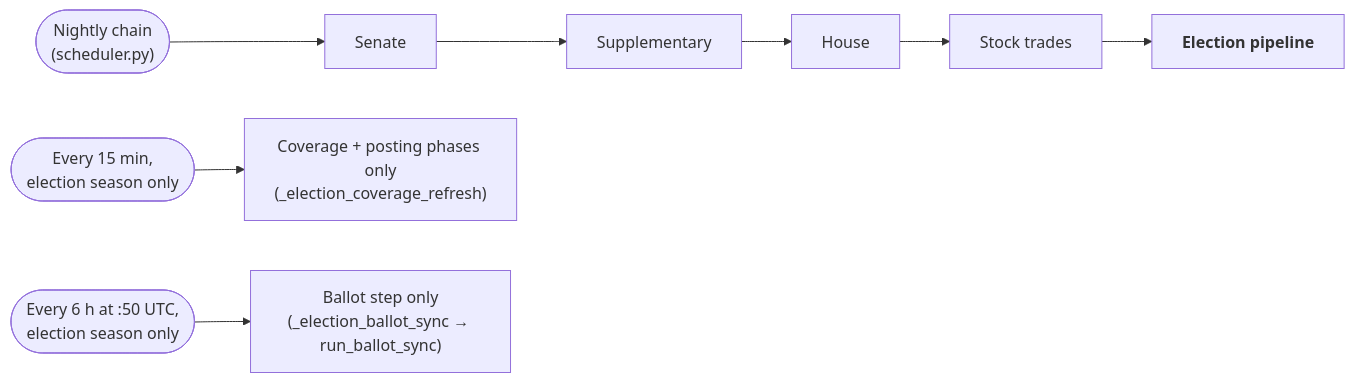
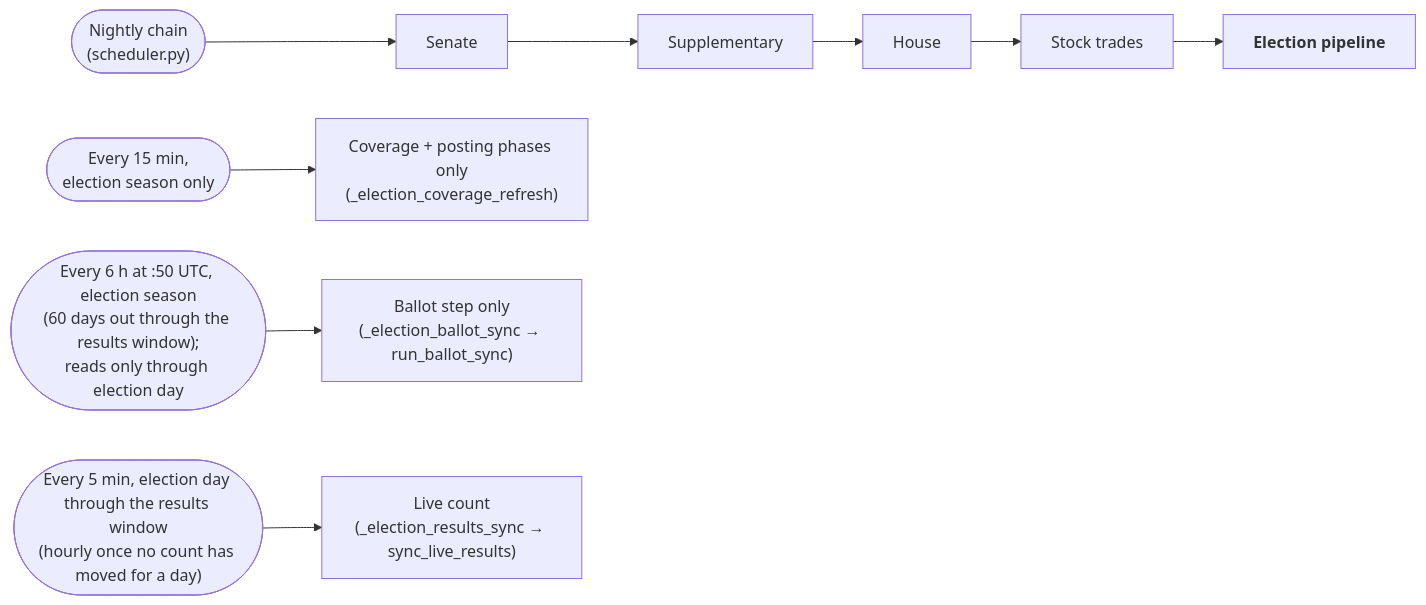
Before and after one commit to kamoras/civitas: the first of 4 diagrams in docs/diagrams/10-elections.md, drawn with Mermaid. The commit also changed other lines of this file and 142 other files, not shown here.

First line of the commit message:
Election results mode: live counts, results-first pages, seat-flip alerts (#710)

````diff
--- a/docs/diagrams/10-elections.md
+++ b/docs/diagrams/10-elections.md
@@ -13,6 +15,7 @@
 ```mermaid
 flowchart LR
     NIGHTLY(["Nightly chain<br/>(scheduler.py)"]) --> SEN[Senate] --> SUP[Supplementary] --> HOUSE[House] --> STOCK[Stock trades] --> ELEC["<b>Election pipeline</b>"]
     QUARTER(["Every 15 min,<br/>election season only"]) --> COV["Coverage + posting phases only<br/>(_election_coverage_refresh)"]
-    SIX(["Every 6 h at :50 UTC,<br/>election season only"]) --> BAL["Ballot step only<br/>(_election_ballot_sync → run_ballot_sync)"]
+    SIX(["Every 6 h at :50 UTC, election season<br/>(60 days out through the results window);<br/>reads only through election day"]) --> BAL["Ballot step only<br/>(_election_ballot_sync → run_ballot_sync)"]
+    FIVE(["Every 5 min, election day through the results window<br/>(hourly once no count has moved for a day)"]) --> RES["Live count<br/>(_election_results_sync → sync_live_results)"]
 ```
````
